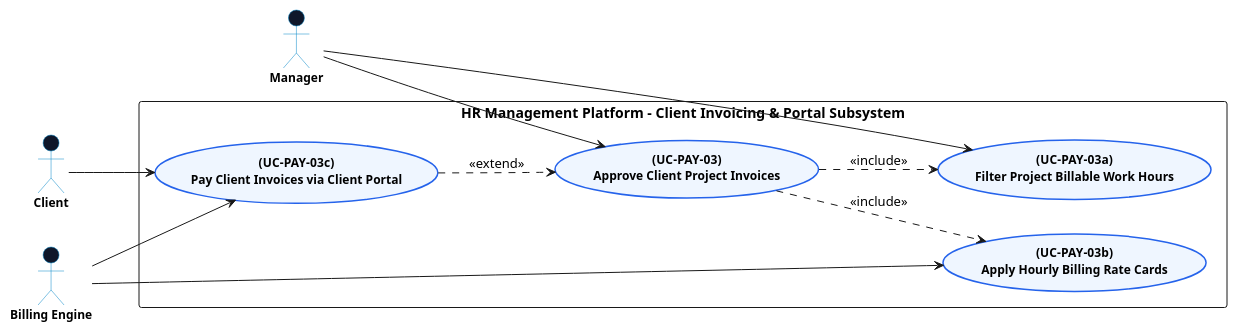
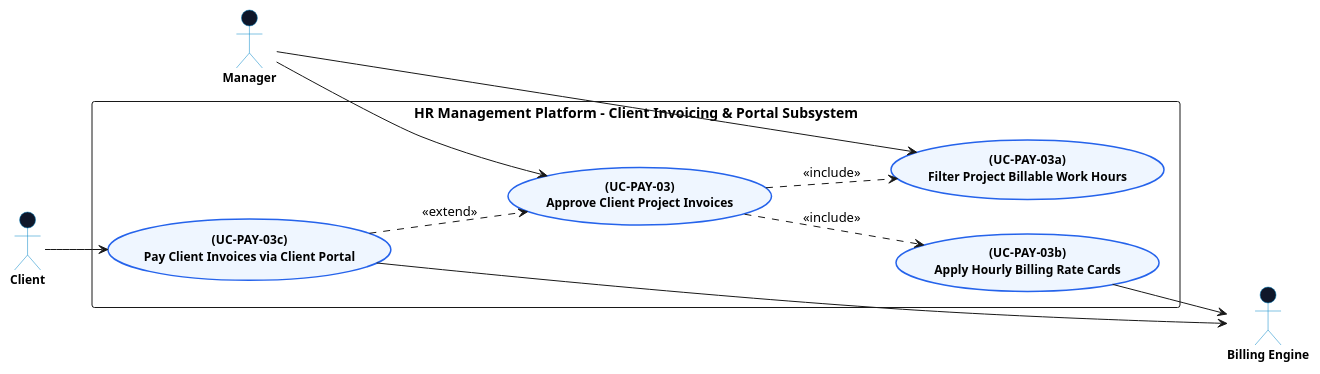
Before and after one commit to Dikhang1112/Monitoring_HR: the diagram in docs/usecase_diagram/payroll_invoicing/ClientInvoicingPortalDiagram.md, drawn with PlantUML. The commit also changed other lines of this file and 17 other files, not shown here.

Commit message:
Usecase diagram of payroll

````diff
--- a/docs/usecase_diagram/payroll_invoicing/ClientInvoicingPortalDiagram.md
+++ b/docs/usecase_diagram/payroll_invoicing/ClientInvoicingPortalDiagram.md
@@ -9,63 +9,69 @@
 ```plantuml
 @startuml
 left to right direction
 skinparam packageStyle rectangle
 skinparam backgroundColor #ffffff
 skinparam shadowing false
 skinparam actorStyle stickman
 
 skinparam usecase {
   BackgroundColor #EFF6FF
   BorderColor #2563EB
   BorderThickness 1.5
   FontSize 12
   FontStyle bold
   FontName "Segoe UI"
 }
 
 skinparam actor {
   BackgroundColor #0F172A
   BorderColor #0284C7
   FontSize 12
   FontStyle bold
   FontName "Segoe UI"
 }
 
 ' =====================================================
-' ACTORS
+' PRIMARY ACTORS (LEFT SIDE)
 ' =====================================================
 actor "Manager" as MGR
 actor "Client" as CLI
-actor "Billing Engine" as BILL_ENGINE
 
 ' =====================================================
-' SYSTEM BOUNDARY & USE CASES
+' SYSTEM BOUNDARY & USE CASES (CENTER)
 ' =====================================================
 rectangle "HR Management Platform - Client Invoicing & Portal Subsystem" {
     
     usecase "(UC-PAY-03)\nApprove Client Project Invoices" as UC_PAY03
     usecase "(UC-PAY-03a)\nFilter Project Billable Work Hours" as UC_PAY03A
     usecase "(UC-PAY-03b)\nApply Hourly Billing Rate Cards" as UC_PAY03B
     usecase "(UC-PAY-03c)\nPay Client Invoices via Client Portal" as UC_PAY03C
 }
 
 ' =====================================================
+' SECONDARY ACTORS (RIGHT SIDE)
+' =====================================================
+actor "Billing Engine" as BILL_ENGINE
+
+' =====================================================
 ' ACTOR CONNECTIONS
 ' =====================================================
+' Left Actors to Use Cases
 MGR --> UC_PAY03
 MGR --> UC_PAY03A
 
 CLI --> UC_PAY03C
 
-BILL_ENGINE --> UC_PAY03B
-BILL_ENGINE --> UC_PAY03C
+' Use Cases to Right Actors
+UC_PAY03B --> BILL_ENGINE
+UC_PAY03C --> BILL_ENGINE
 
 ' =====================================================
 ' INCLUDE & EXTEND RELATIONSHIPS
 ' =====================================================
 UC_PAY03 ..> UC_PAY03A : <<include>>
 UC_PAY03 ..> UC_PAY03B : <<include>>
 UC_PAY03C ..> UC_PAY03 : <<extend>>
 
 @enduml
 ```
````
